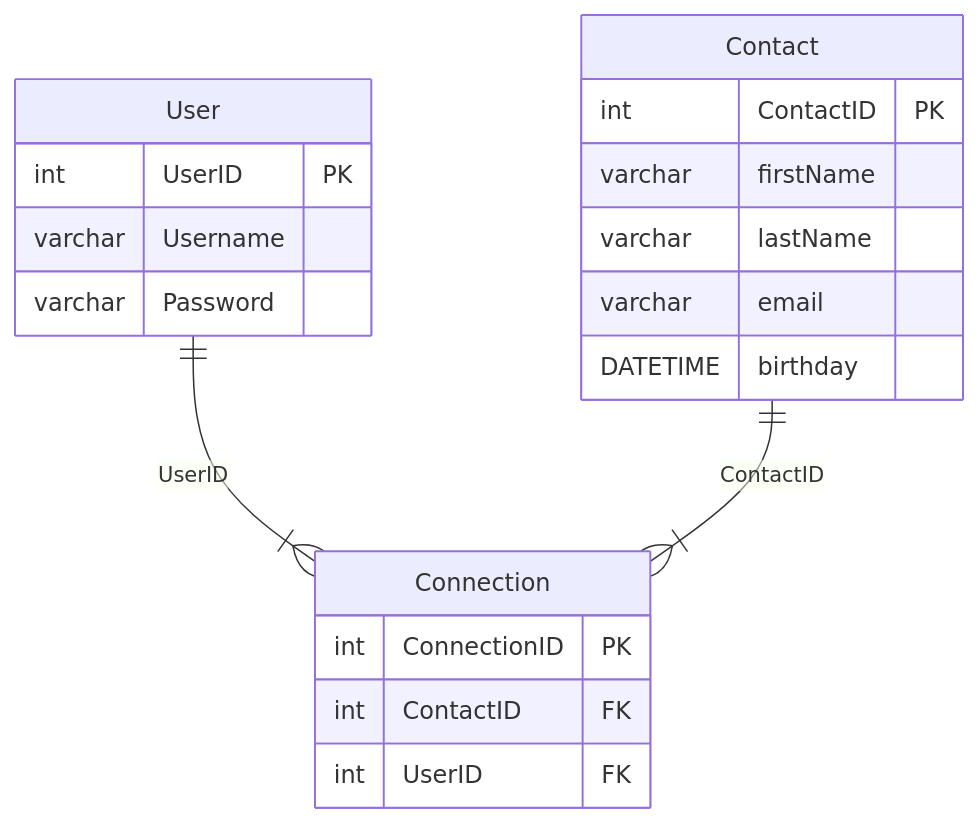
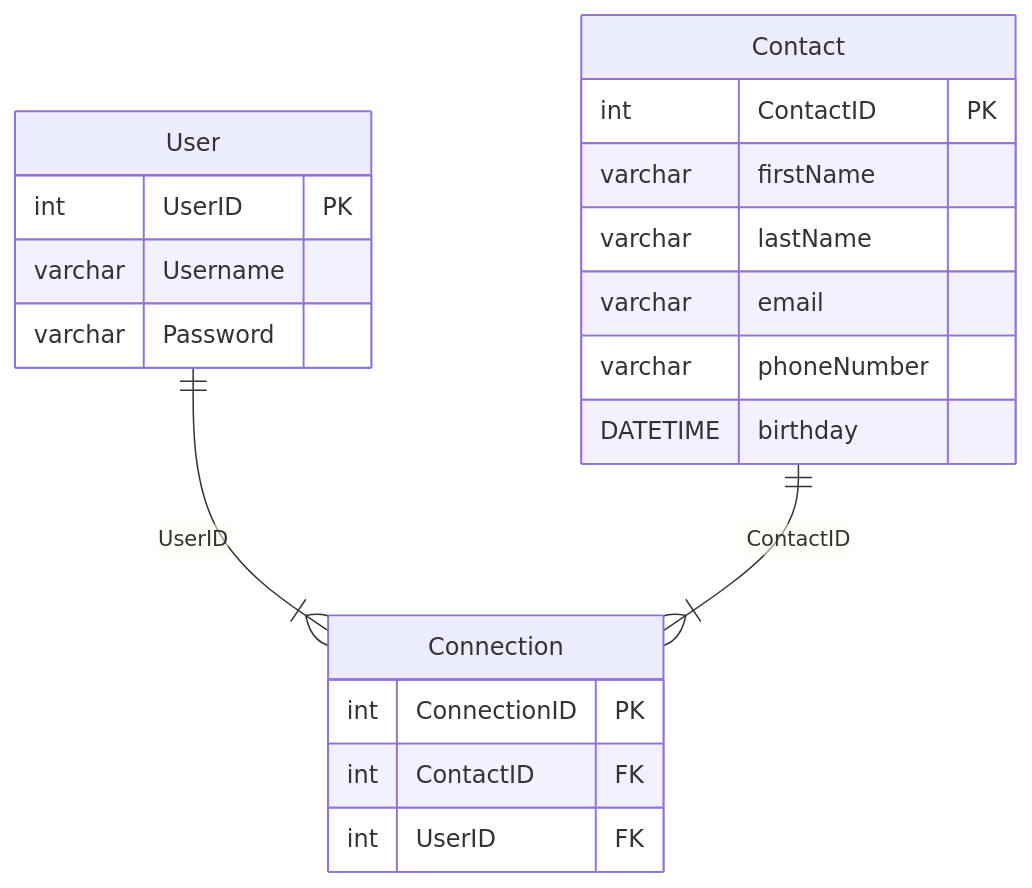
The diagram in diagram.md (cop4331-team6/contact-manager), drawn with Mermaid before and after one commit. The commit also changed other lines of this file, not shown here.

````diff
--- a/diagram.md
+++ b/diagram.md
@@ -2,22 +2,23 @@
 ```mermaid
 erDiagram
     User ||--|{		 Connection : UserID
     User {
         int UserID PK
         varchar Username
         varchar Password
     }
     Contact ||--|{ Connection : ContactID
     Contact {
         int ContactID PK
         varchar firstName
         varchar lastName
         varchar email
+        varchar phoneNumber
         DATETIME birthday
     }
     Connection {
         int ConnectionID PK
         int ContactID FK
         int UserID FK
     }
 ```
````
